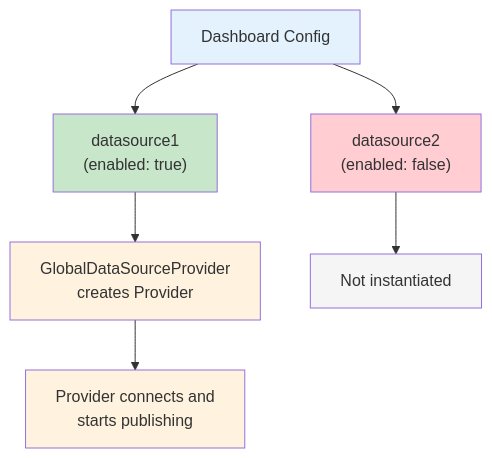
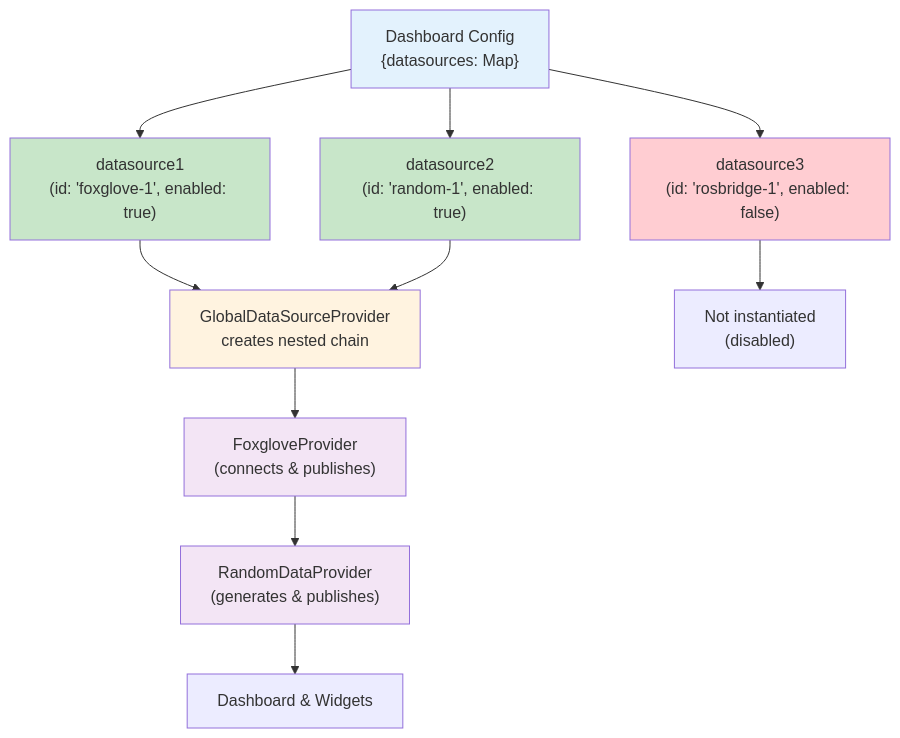
Before and after one commit to RMA-Robotics-Autonomous-Systems/ORMI: the fifth of 5 diagrams in apps/web/content/docs/v1/core/data-flow.md, drawn with Mermaid. The commit also changed other lines of this file and 5 other files, not shown here.

````diff
--- a/apps/web/content/docs/v1/core/data-flow.md
+++ b/apps/web/content/docs/v1/core/data-flow.md
@@ -388,15 +661,23 @@
 ```mermaid
 graph TD
-    A["Dashboard Config"] --> B["datasource1<br/>(enabled: true)"]
-    A --> C["datasource2<br/>(enabled: false)"]
-    B --> D["GlobalDataSourceProvider<br/>creates Provider"]
-    D --> E["Provider connects and<br/>starts publishing"]
-    C --> F["Not instantiated"]
+    A["Dashboard Config<br/>{datasources: Map}"] --> B["datasource1<br/>(id: 'foxglove-1', enabled: true)"]
+    A --> C["datasource2<br/>(id: 'random-1', enabled: true)"]
+    A --> D["datasource3<br/>(id: 'rosbridge-1', enabled: false)"]
+
+    B --> E["GlobalDataSourceProvider<br/>creates nested chain"]
+    C --> E
+
+    E --> F["FoxgloveProvider<br/>(connects & publishes)"]
+    F --> G["RandomDataProvider<br/>(generates & publishes)"]
+    G --> H["Dashboard & Widgets"]
+
+    D --> I["Not instantiated<br/>(disabled)"]
 
     style A fill:#e3f2fd
     style B fill:#c8e6c9
-    style C fill:#ffcdd2
-    style D fill:#fff3e0
+    style C fill:#c8e6c9
+    style D fill:#ffcdd2
     style E fill:#fff3e0
-    style F fill:#f5f5f5
+    style F fill:#f3e5f5
+    style G fill:#f3e5f5
 ```
````
